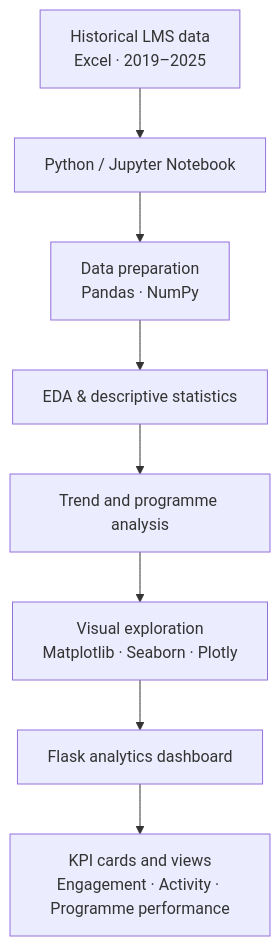
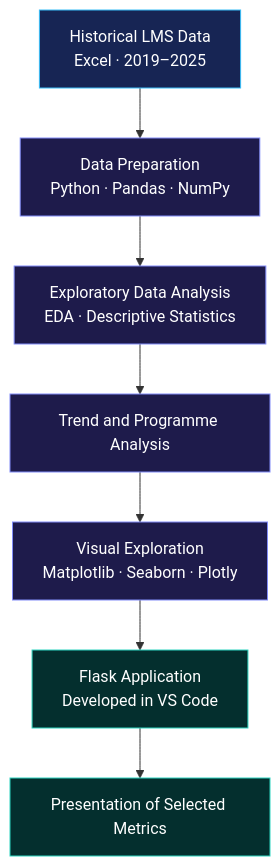
The diagram in README.md (athiraasurendran/ICT-Paatshala-LMS-Analytics), drawn with Mermaid before and after one commit. The commit also changed other lines of this file, not shown here.

````diff
--- a/README.md
+++ b/README.md
@@ -39,10 +91,20 @@
 ```mermaid
 flowchart TD
-    A["Historical LMS data<br/>Excel · 2019–2025"] --> B["Python / Jupyter Notebook"]
-    B --> C["Data preparation<br/>Pandas · NumPy"]
-    C --> D["EDA & descriptive statistics"]
-    D --> E["Trend and programme analysis"]
-    E --> F["Visual exploration<br/>Matplotlib · Seaborn · Plotly"]
-    F --> G["Flask analytics dashboard"]
-    G --> H["KPI cards and views<br/>Engagement · Activity · Programme performance"]
+    A["Historical LMS Data<br/>Excel · 2019–2025"]
+    B["Data Preparation<br/>Python · Pandas · NumPy"]
+    C["Exploratory Data Analysis<br/>EDA · Descriptive Statistics"]
+    D["Trend and Programme Analysis"]
+    E["Visual Exploration<br/>Matplotlib · Seaborn · Plotly"]
+    F["Flask Application<br/>Developed in VS Code"]
+    G["Presentation of Selected Metrics"]
+
+    A --> B --> C --> D --> E --> F --> G
+
+    classDef input fill:#172554,stroke:#38BDF8,color:#FFFFFF
+    classDef process fill:#1E1B4B,stroke:#818CF8,color:#FFFFFF
+    classDef output fill:#042F2E,stroke:#2DD4BF,color:#FFFFFF
+
+    class A input
+    class B,C,D,E process
+    class F,G output
 ```
````
